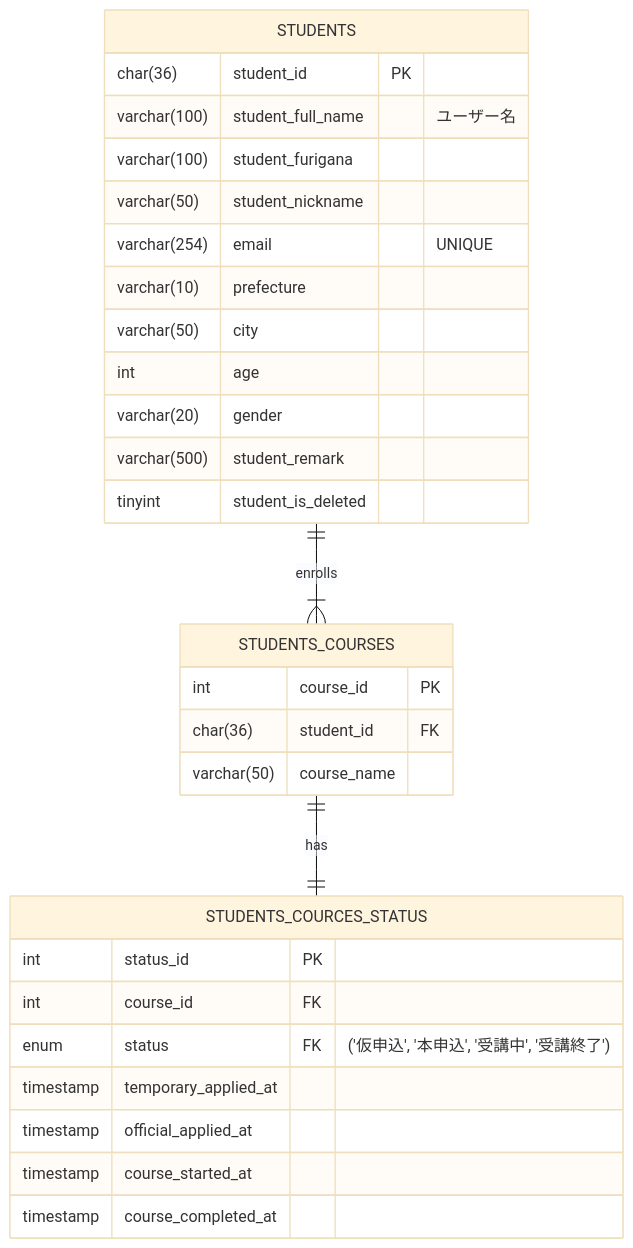
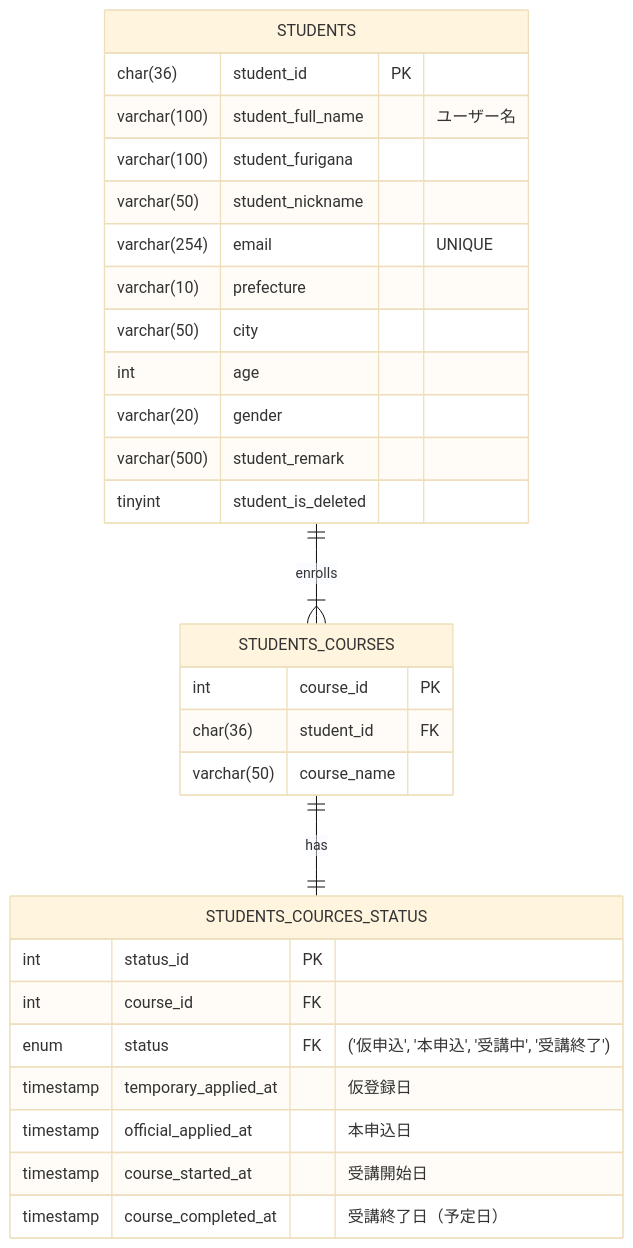
The first of 4 diagrams in README.md (anmitsu-nagaya/StudentManagement), drawn with Mermaid (base theme) before and after one commit. The commit also changed other lines of this file, not shown here.

````diff
--- a/README.md
+++ b/README.md
@@ -87,35 +117,35 @@
 ```mermaid
 erDiagram
   STUDENTS ||--|{ STUDENTS_COURSES : "enrolls"
   STUDENTS_COURSES ||--||STUDENTS_COURCES_STATUS: "has"
   
   STUDENTS {
     char(36) student_id PK
     varchar(100) student_full_name "ユーザー名"
     varchar(100) student_furigana
     varchar(50) student_nickname
     varchar(254) email "UNIQUE"
     varchar(10) prefecture
     varchar(50) city
     int age
     varchar(20) gender
     varchar(500) student_remark
     tinyint student_is_deleted
   }
 
   STUDENTS_COURSES {
     int course_id PK
     char(36) student_id FK
     varchar(50) course_name
   }
 
   STUDENTS_COURCES_STATUS {
     int status_id PK
     int course_id FK
     enum status FK "('仮申込', '本申込', '受講中', '受講終了')"
-    timestamp temporary_applied_at
-    timestamp official_applied_at
-    timestamp course_started_at
-    timestamp course_completed_at
+    timestamp temporary_applied_at "仮登録日"
+    timestamp official_applied_at "本申込日"
+    timestamp course_started_at "受講開始日"
+    timestamp course_completed_at "受講終了日（予定日）"
   }
 ```
````
